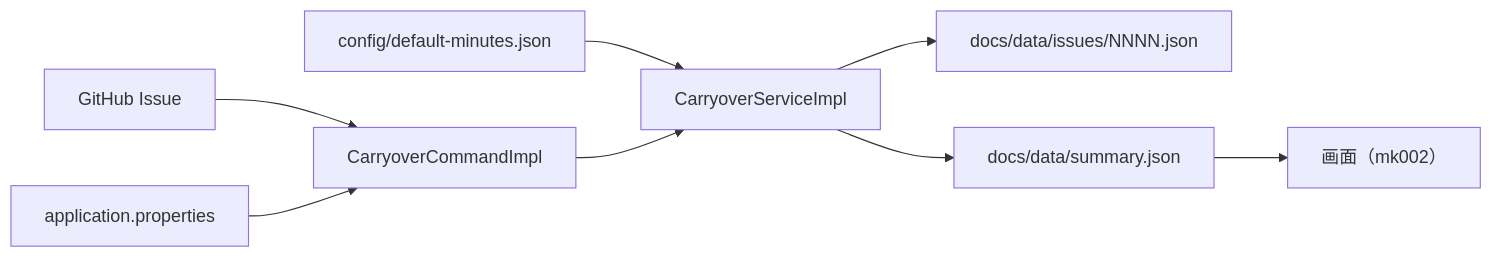
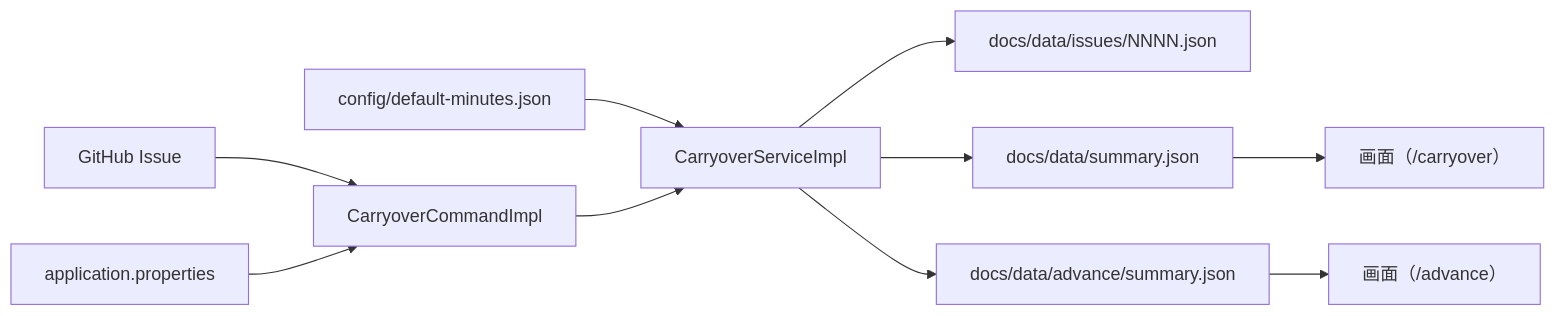
The diagram in docs/design/backend.md (KenichiroArai/kb002_daily-tasks_doc), drawn with Mermaid before and after one commit. The commit also changed other lines of this file and 16 other files, not shown here.

````diff
--- a/docs/design/backend.md
+++ b/docs/design/backend.md
@@ -56,10 +56,12 @@
 ```mermaid
 flowchart LR
   issues["GitHub Issue"] --> command["CarryoverCommandImpl"]
   properties["application.properties"] --> command
   defaultMinutes["config/default-minutes.json"] --> service["CarryoverServiceImpl"]
   command --> service
   service --> issuesJson["docs/data/issues/NNNN.json"]
   service --> summaryJson["docs/data/summary.json"]
-  summaryJson --> frontend["画面（mk002）"]
+  service --> advanceSummary["docs/data/advance/summary.json"]
+  summaryJson --> frontend["画面（/carryover）"]
+  advanceSummary --> frontendAdv["画面（/advance）"]
 ```
````
